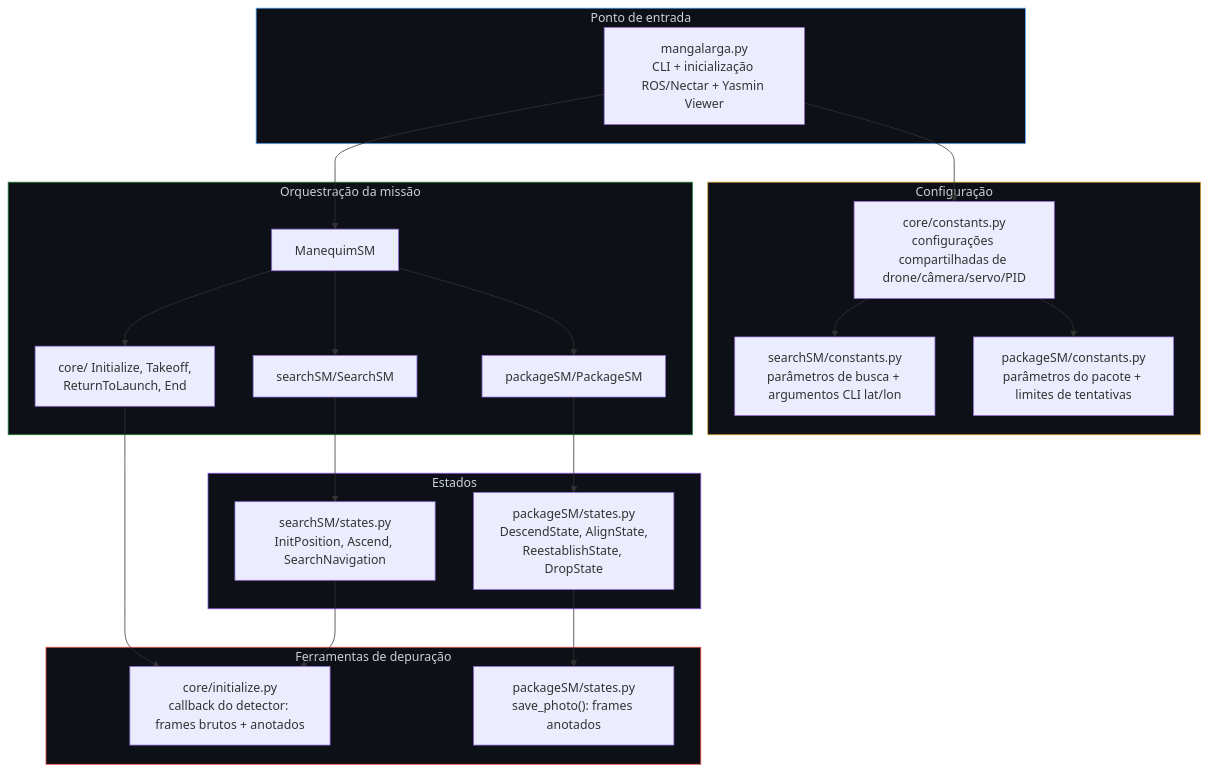
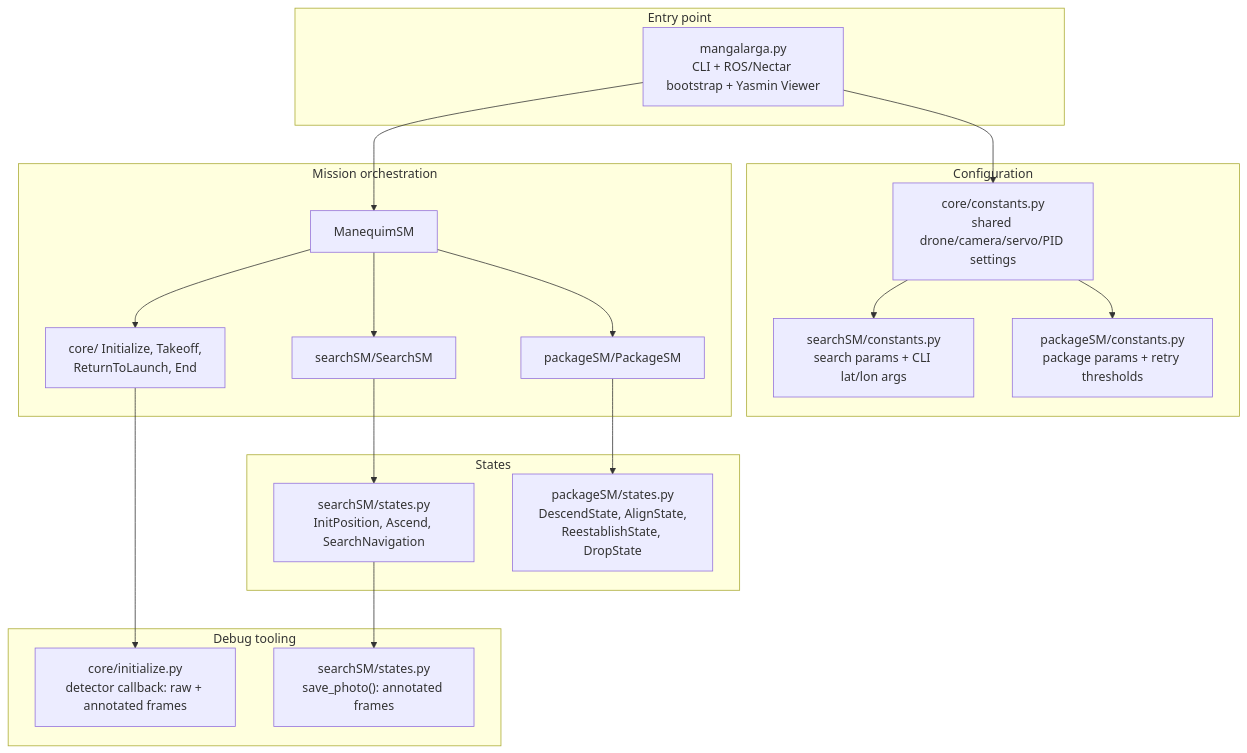
One commit to Black-Bee-Drones/imav-2026 changed the first of 4 diagrams in manequim/README.md. Above: the diagram before and after it, drawn with Mermaid. The commit also changed other lines of this file and 13 other files, not shown here.

````diff
--- a/manequim/README.md
+++ b/manequim/README.md
@@ -54,39 +55,33 @@
 ```mermaid
 flowchart TB
-    subgraph entry["Ponto de entrada"]
-        M["mangalarga.py<br/>CLI + inicialização ROS/Nectar + Yasmin Viewer"]
+    subgraph entry["Entry point"]
+        M[mangalarga.py<br/>CLI + ROS/Nectar bootstrap + Yasmin Viewer]
     end
-    subgraph cfg["Configuração"]
-        C["core/constants.py<br/>configurações compartilhadas de drone/câmera/servo/PID"]
-        CS["searchSM/constants.py<br/>parâmetros de busca + argumentos CLI lat/lon"]
-        CP["packageSM/constants.py<br/>parâmetros do pacote + limites de tentativas"]
+    subgraph cfg["Configuration"]
+        C[core/constants.py<br/>shared drone/camera/servo/PID settings]
+        CS[searchSM/constants.py<br/>search params + CLI lat/lon args]
+        CP[packageSM/constants.py<br/>package params + retry thresholds]
     end
-    subgraph sm["Orquestração da missão"]
+    subgraph sm["Mission orchestration"]
         TOP[ManequimSM]
         CORE["core/ Initialize, Takeoff,<br/>ReturnToLaunch, End"]
         S[searchSM/SearchSM]
         P[packageSM/PackageSM]
     end
-    subgraph st["Estados"]
+    subgraph st["States"]
         S1["searchSM/states.py<br/>InitPosition, Ascend, SearchNavigation"]
         S2["packageSM/states.py<br/>DescendState, AlignState,<br/>ReestablishState, DropState"]
     end
-    subgraph util["Ferramentas de depuração"]
-        U1["core/initialize.py<br/>callback do detector: frames brutos + anotados"]
-        U2["packageSM/states.py<br/>save_photo(): frames anotados"]
+    subgraph util["Debug tooling"]
+        U1["core/initialize.py<br/>detector callback: raw + annotated frames"]
+        U2["searchSM/states.py<br/>save_photo(): annotated frames"]
     end
 
     M --> C
     C --> CS
     C --> CP
     M --> TOP
     TOP --> CORE --> U1
-    TOP --> S --> S1 --> U1
-    TOP --> P --> S2 --> U2
-
-    style entry fill:#0d1117,stroke:#58a6ff,color:#c9d1d9
-    style cfg fill:#0d1117,stroke:#d29922,color:#c9d1d9
-    style sm fill:#0d1117,stroke:#238636,color:#c9d1d9
-    style st fill:#0d1117,stroke:#8957e5,color:#c9d1d9
-    style util fill:#0d1117,stroke:#f85149,color:#c9d1d9
+    TOP --> S --> S1 --> U2
+    TOP --> P --> S2
 ```
````
